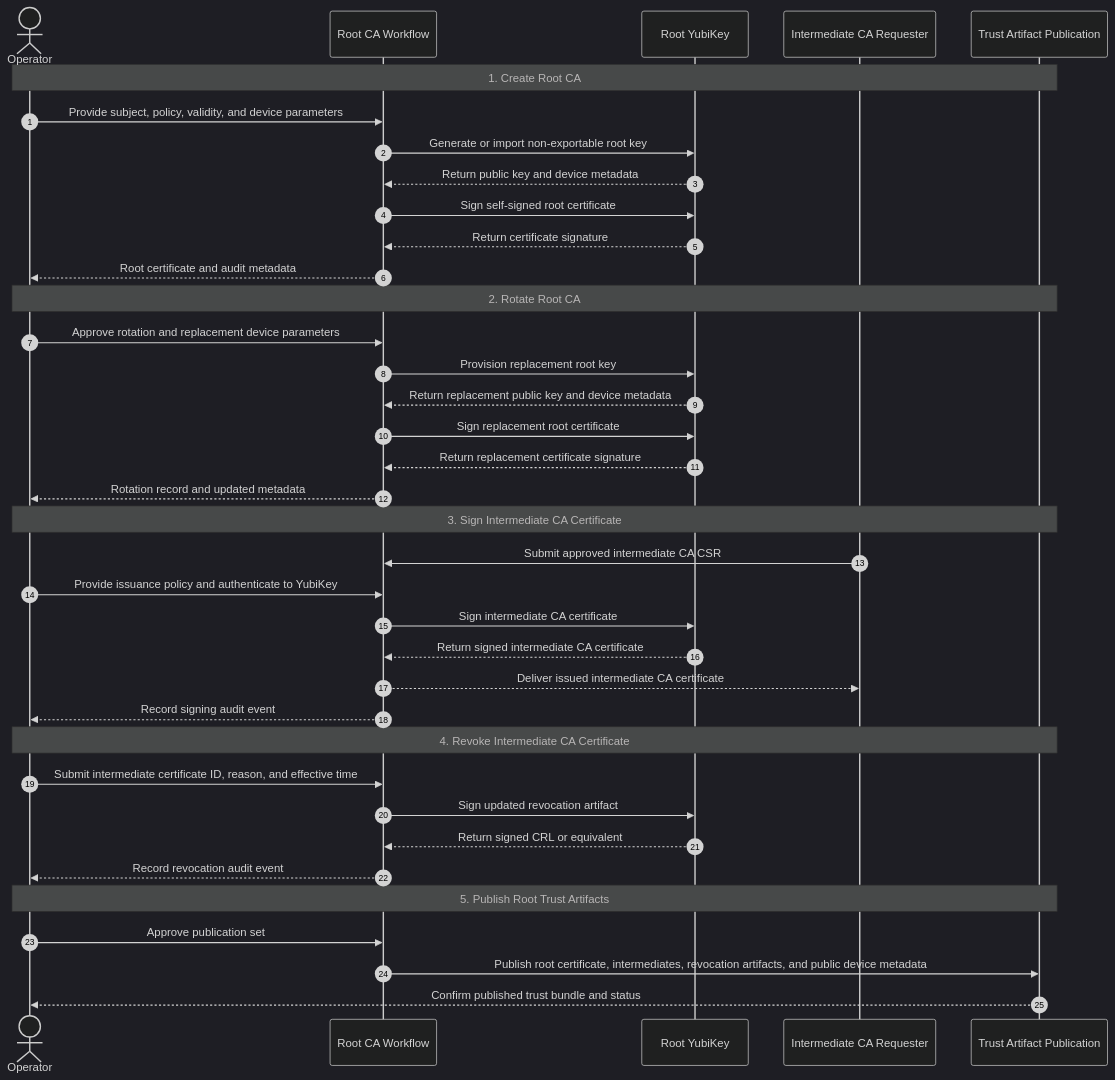
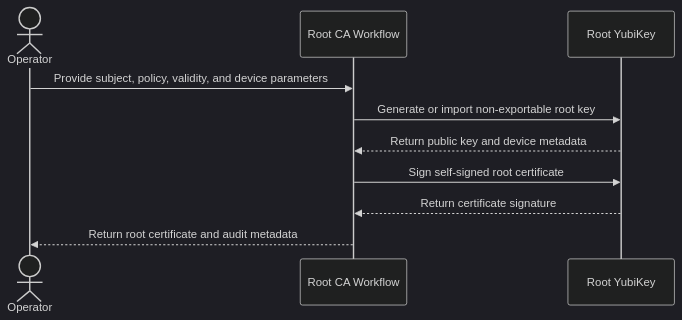
One commit to PseudoDesign/nix-pd-pki changed the first of 11 diagrams in README.md. Above: the diagram before and after it, drawn with Mermaid (dark theme). The commit also changed other lines of this file, not shown here.

Commit message:
Split PKI sequence diagrams by workflow

````diff
--- a/README.md
+++ b/README.md
@@ -35,44 +37,13 @@
 ```mermaid
 sequenceDiagram
-  autonumber
   actor Operator
   participant Workflow as Root CA Workflow
   participant YubiKey as Root YubiKey
-  participant Intermediate as Intermediate CA Requester
-  participant Publish as Trust Artifact Publication
 
-  Note over Operator,Publish: 1. Create Root CA
   Operator->>Workflow: Provide subject, policy, validity, and device parameters
   Workflow->>YubiKey: Generate or import non-exportable root key
   YubiKey-->>Workflow: Return public key and device metadata
   Workflow->>YubiKey: Sign self-signed root certificate
   YubiKey-->>Workflow: Return certificate signature
-  Workflow-->>Operator: Root certificate and audit metadata
-
-  Note over Operator,Publish: 2. Rotate Root CA
-  Operator->>Workflow: Approve rotation and replacement device parameters
-  Workflow->>YubiKey: Provision replacement root key
-  YubiKey-->>Workflow: Return replacement public key and device metadata
-  Workflow->>YubiKey: Sign replacement root certificate
-  YubiKey-->>Workflow: Return replacement certificate signature
-  Workflow-->>Operator: Rotation record and updated metadata
-
-  Note over Operator,Publish: 3. Sign Intermediate CA Certificate
-  Intermediate->>Workflow: Submit approved intermediate CA CSR
-  Operator->>Workflow: Provide issuance policy and authenticate to YubiKey
-  Workflow->>YubiKey: Sign intermediate CA certificate
-  YubiKey-->>Workflow: Return signed intermediate CA certificate
-  Workflow-->>Intermediate: Deliver issued intermediate CA certificate
-  Workflow-->>Operator: Record signing audit event
-
-  Note over Operator,Publish: 4. Revoke Intermediate CA Certificate
-  Operator->>Workflow: Submit intermediate certificate ID, reason, and effective time
-  Workflow->>YubiKey: Sign updated revocation artifact
-  YubiKey-->>Workflow: Return signed CRL or equivalent
-  Workflow-->>Operator: Record revocation audit event
-
-  Note over Operator,Publish: 5. Publish Root Trust Artifacts
-  Operator->>Workflow: Approve publication set
-  Workflow->>Publish: Publish root certificate, intermediates, revocation artifacts, and public device metadata
-  Publish-->>Operator: Confirm published trust bundle and status
+  Workflow-->>Operator: Return root certificate and audit metadata
 ```
````
